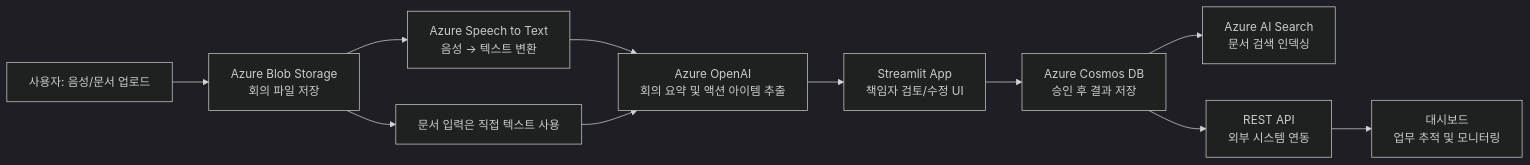
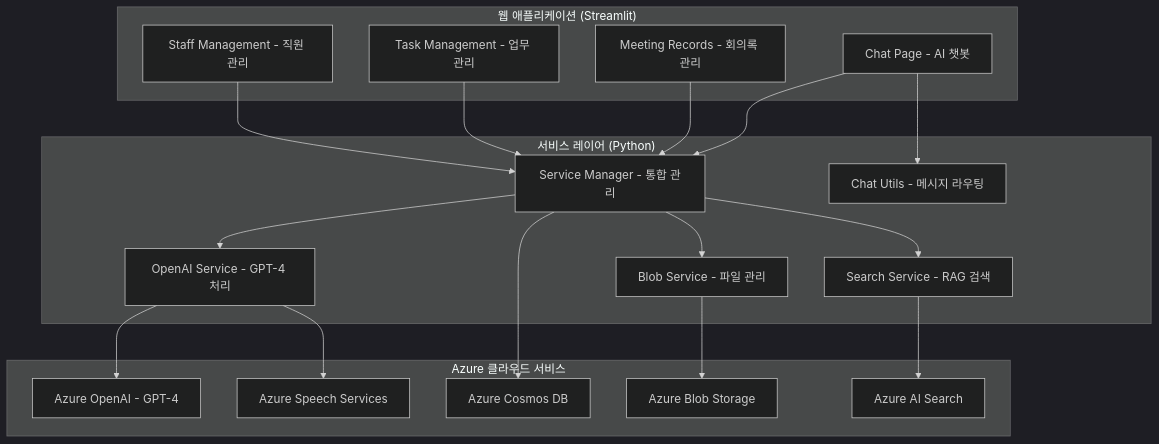
The diagram in README.md (ksr25160/mvpproject), drawn with Mermaid (dark theme) before and after one commit. The commit also changed other lines of this file and 5 other files, not shown here.

````diff
--- a/README.md
+++ b/README.md
@@ -40,17 +31,41 @@
 ```mermaid
-graph LR
-  A[사용자: 음성/문서 업로드] --> B[Azure Blob Storage<br>회의 파일 저장]
-  B --> C[Azure Speech to Text<br>음성 → 텍스트 변환]
-  B --> D[문서 입력은 직접 텍스트 사용]
-
-  C --> E[Azure OpenAI<br>회의 요약 및 액션 아이템 추출]
-  D --> E
-
-  E --> F[Streamlit App<br>책임자 검토/수정 UI]
-  F --> G[Azure Cosmos DB<br>승인 후 결과 저장]
-
-  G --> H[Azure AI Search<br>문서 검색 인덱싱]
-  G --> I[REST API<br>외부 시스템 연동]
-
-  I --> J[대시보드<br>업무 추적 및 모니터링]
+graph TB
+    subgraph "웹 애플리케이션 (Streamlit)"
+        A[Chat Page - AI 챗봇]
+        B[Meeting Records - 회의록 관리]  
+        C[Task Management - 업무 관리]
+        D[Staff Management - 직원 관리]
+    end
+    
+    subgraph "서비스 레이어 (Python)"
+        E[Service Manager - 통합 관리]
+        F[OpenAI Service - GPT-4 처리]
+        G[Blob Service - 파일 관리]
+        H[Search Service - RAG 검색]
+        I[Chat Utils - 메시지 라우팅]
+    end
+    
+    subgraph "Azure 클라우드 서비스"
+        J[Azure OpenAI - GPT-4]
+        K[Azure Speech Services]
+        L[Azure Cosmos DB]
+        M[Azure Blob Storage]
+        N[Azure AI Search]
+    end
+    
+    A --> E
+    B --> E  
+    C --> E
+    D --> E
+    
+    E --> F
+    E --> G
+    E --> H
+    A --> I
+    
+    F --> J
+    G --> M
+    H --> N
+    F --> K
+    E --> L
 ```
````
